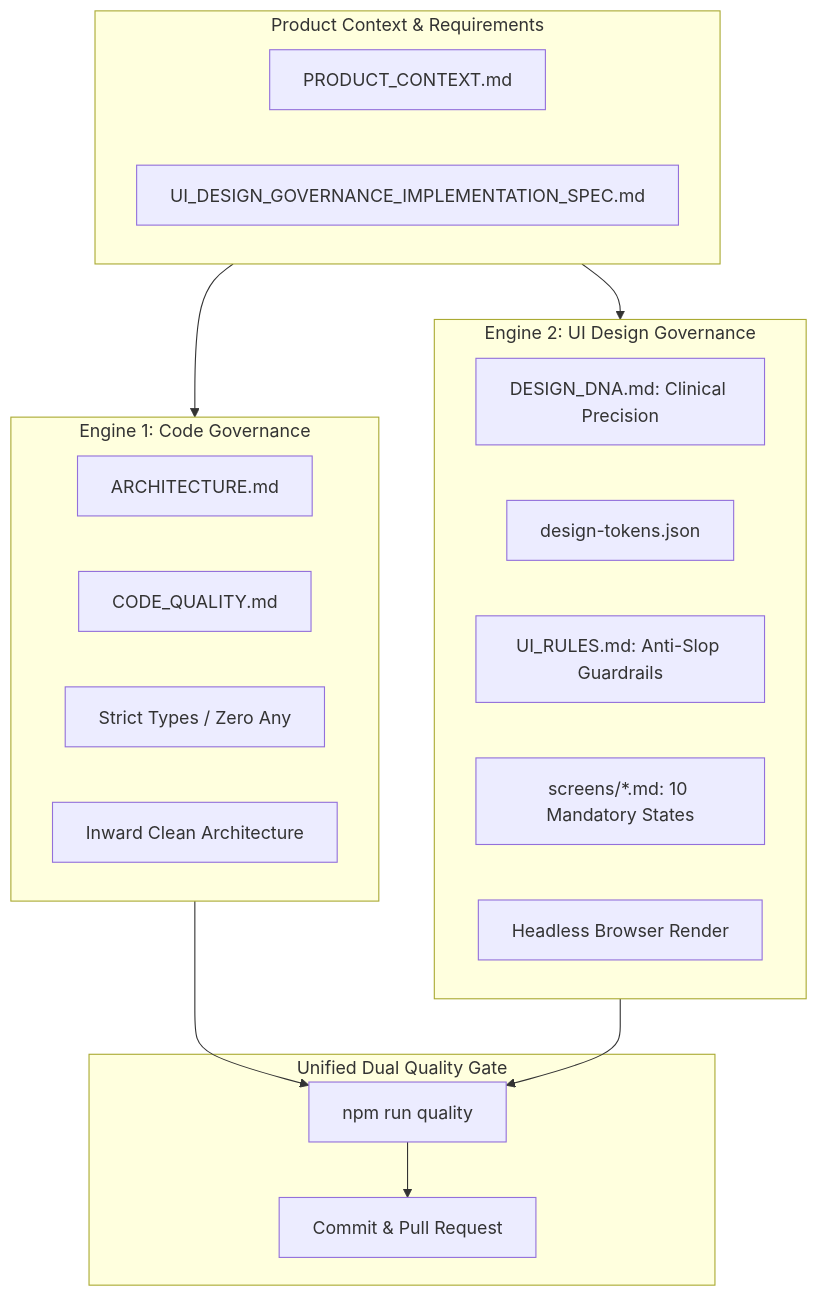
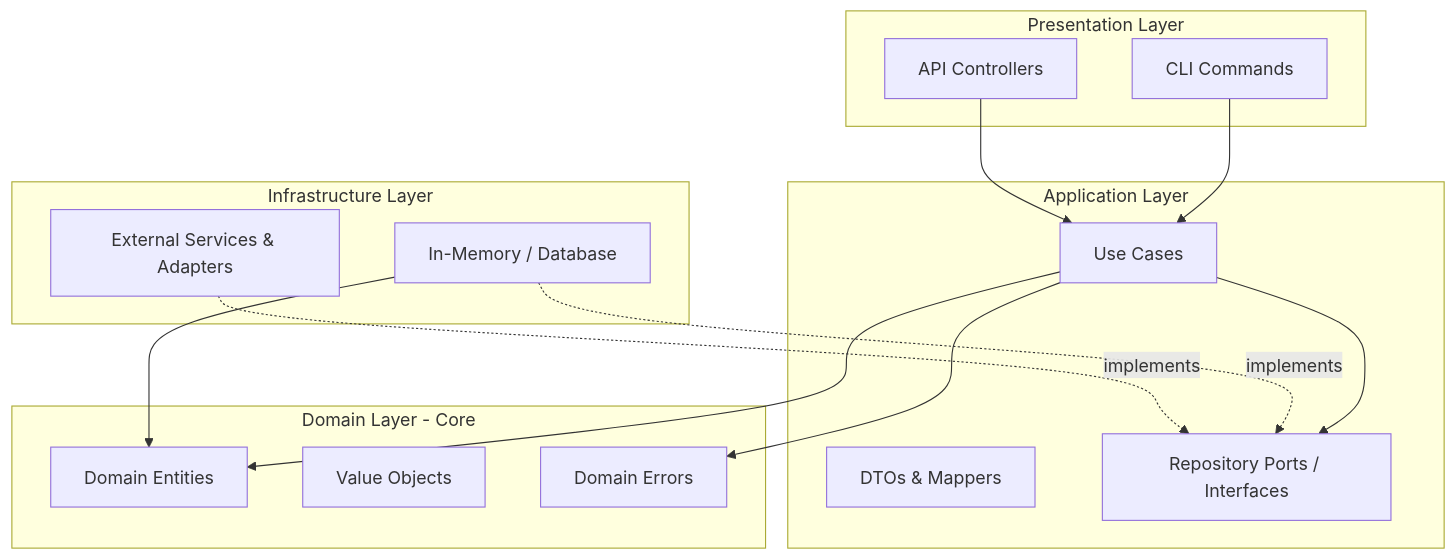
The first of 2 diagrams in .cursor/rules/vibe-governance.mdc (pinzhuo0905-rgb/vibe-coding-governance), drawn with Mermaid before and after one commit. The commit also changed other lines of this file and 12 other files, not shown here.

Commit message:
refactor: isolate repository to pure code quality governance and redraw bilingual flowcharts

````diff
--- a/.cursor/rules/vibe-governance.mdc
+++ b/.cursor/rules/vibe-governance.mdc
@@ -19,33 +19,33 @@
 ```mermaid
 flowchart TD
-    subgraph Requirement [Product Context & Requirements]
-        PC[PRODUCT_CONTEXT.md]
-        Spec[UI_DESIGN_GOVERNANCE_IMPLEMENTATION_SPEC.md]
+    subgraph Presentation [Presentation Layer]
+        CLI[CLI Commands]
+        Controllers[API Controllers]
     end
 
-    subgraph CodeEngine [Engine 1: Code Governance]
-        Arch[ARCHITECTURE.md]
-        CQ[CODE_QUALITY.md]
-        Types[Strict Types / Zero Any]
-        Clean[Inward Clean Architecture]
+    subgraph Application [Application Layer]
+        UseCases[Use Cases]
+        DTO[DTOs & Mappers]
+        Ports[Repository Ports / Interfaces]
     end
 
-    subgraph DesignEngine [Engine 2: UI Design Governance]
-        DNA[DESIGN_DNA.md: Clinical Precision]
-        Tokens[design-tokens.json]
-        Rules[UI_RULES.md: Anti-Slop Guardrails]
-        Screens[screens/*.md: 10 Mandatory States]
-        Browser[Headless Browser Render]
+    subgraph Domain [Domain Layer - Core]
+        Entities[Domain Entities]
+        ValueObjects[Value Objects]
+        DomainErrors[Domain Errors]
     end
 
-    subgraph QualityGate [Unified Dual Quality Gate]
-        Gate[npm run quality]
-        Pass[Commit & Pull Request]
+    subgraph Infrastructure [Infrastructure Layer]
+        Persistence[In-Memory / Database]
+        ExternalClients[External Services & Adapters]
     end
 
-    Requirement --> CodeEngine
-    Requirement --> DesignEngine
-    CodeEngine --> Gate
-    DesignEngine --> Gate
-    Gate --> Pass
+    CLI --> UseCases
+    Controllers --> UseCases
+    UseCases --> Entities
+    UseCases --> Ports
+    UseCases --> DomainErrors
+    Persistence -.implements.-> Ports
+    ExternalClients -.implements.-> Ports
+    Persistence --> Entities
 ```
````
